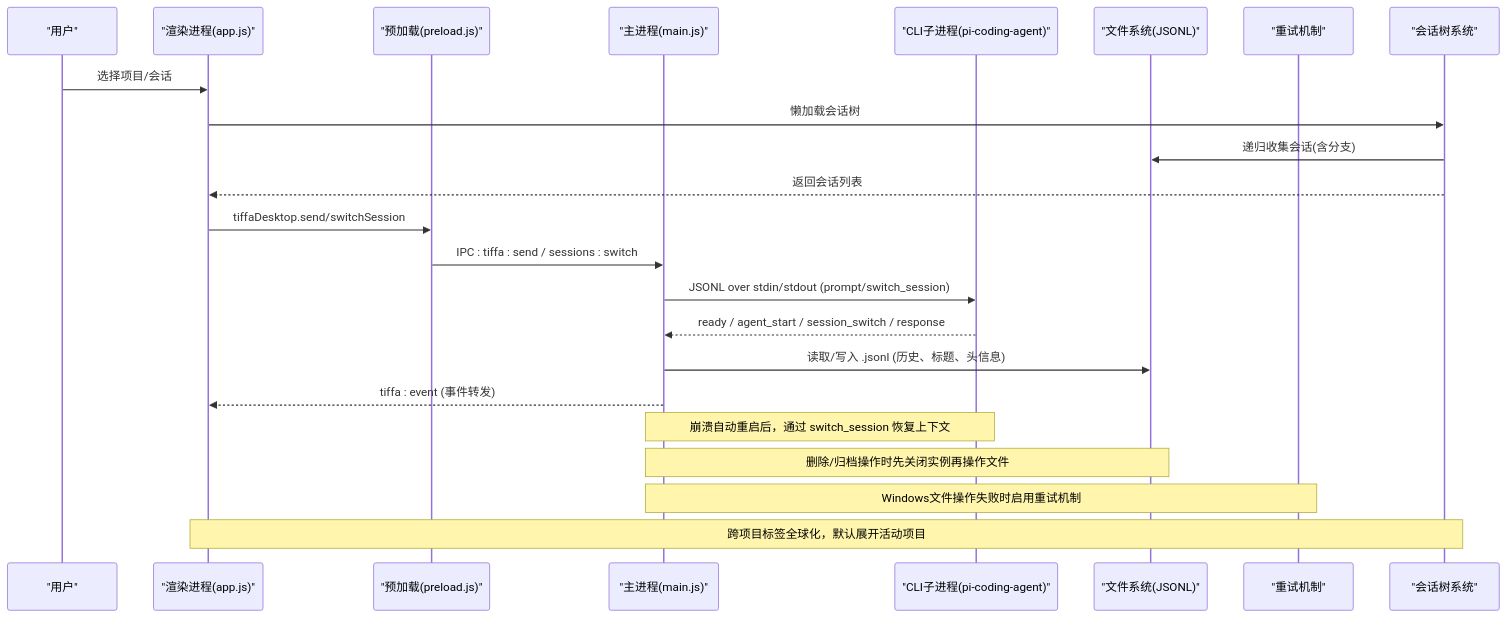
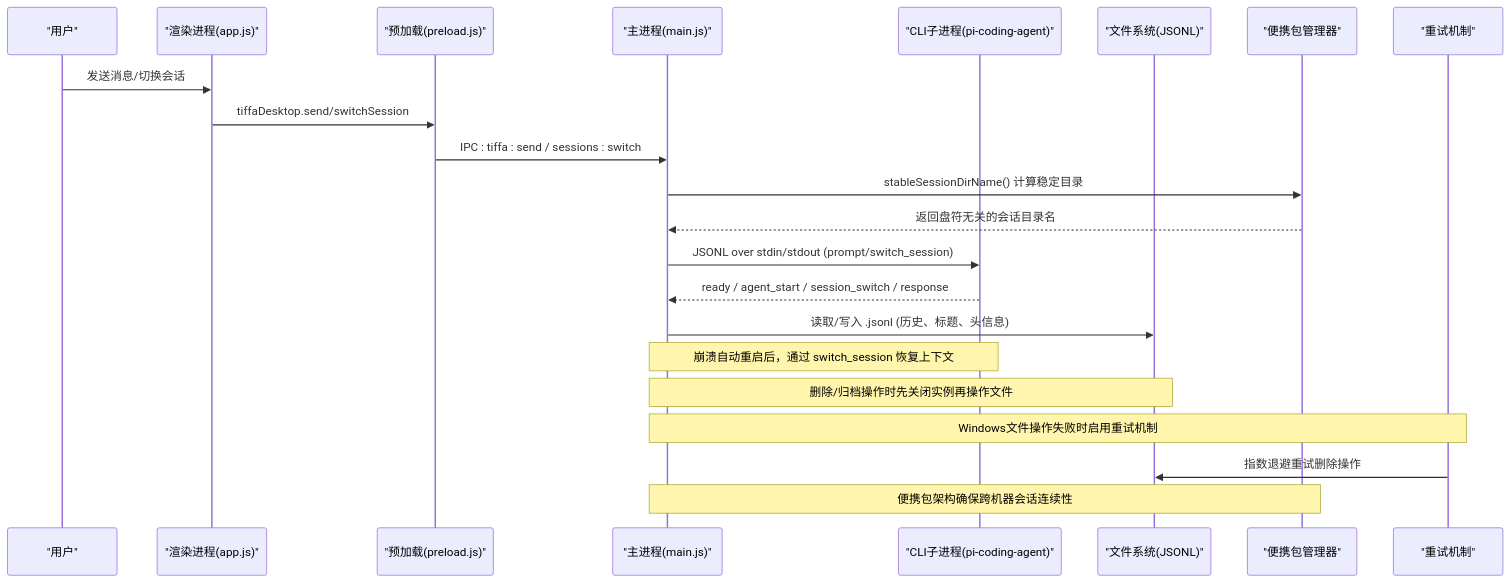
One commit to swond-Mao/Tiffa changed the second of 11 diagrams in .qoder/repowiki/zh/content/核心架构/会话管理与上下文恢复.md. Above: the diagram before and after it, drawn with Mermaid. The commit also changed other lines of this file and 25 other files, not shown here.

````diff
--- a/.qoder/repowiki/zh/content/核心架构/会话管理与上下文恢复.md
+++ b/.qoder/repowiki/zh/content/核心架构/会话管理与上下文恢复.md
@@ -109,25 +103,24 @@
 ```mermaid
 sequenceDiagram
 participant U as "用户"
 participant R as "渲染进程(app.js)"
 participant P as "预加载(preload.js)"
 participant M as "主进程(main.js)"
 participant C as "CLI子进程(pi-coding-agent)"
 participant F as "文件系统(JSONL)"
+participant PM as "便携包管理器"
 participant RM as "重试机制"
-participant ST as "会话树系统"
-U->>R : 选择项目/会话
-R->>ST : 懒加载会话树
-ST->>F : 递归收集会话(含分支)
-ST-->>R : 返回会话列表
+U->>R : 发送消息/切换会话
 R->>P : tiffaDesktop.send/switchSession
 P->>M : IPC : tiffa : send / sessions : switch
+M->>PM : stableSessionDirName() 计算稳定目录
+PM-->>M : 返回盘符无关的会话目录名
 M->>C : JSONL over stdin/stdout (prompt/switch_session)
 C-->>M : ready / agent_start / session_switch / response
 M->>F : 读取/写入 .jsonl (历史、标题、头信息)
-M-->>R : tiffa : event (事件转发)
 Note over M,C : 崩溃自动重启后，通过 switch_session 恢复上下文
 Note over M,F : 删除/归档操作时先关闭实例再操作文件
 Note over M,RM : Windows文件操作失败时启用重试机制
-Note over ST,R : 跨项目标签全球化，默认展开活动项目
+RM->>F : 指数退避重试删除操作
+Note over M,PM : 便携包架构确保跨机器会话连续性
 ```
````
